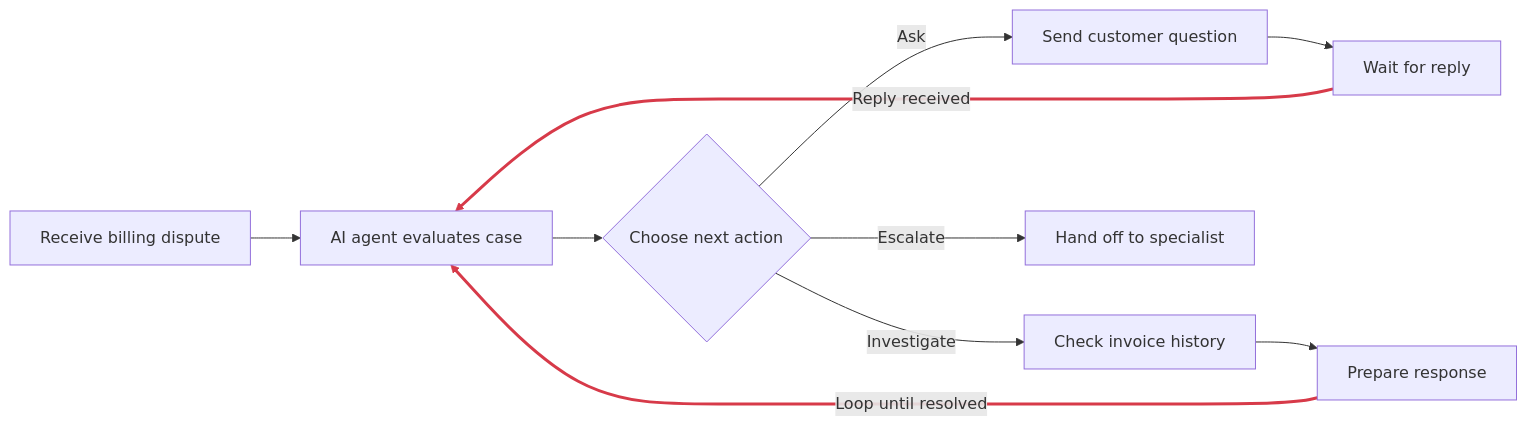
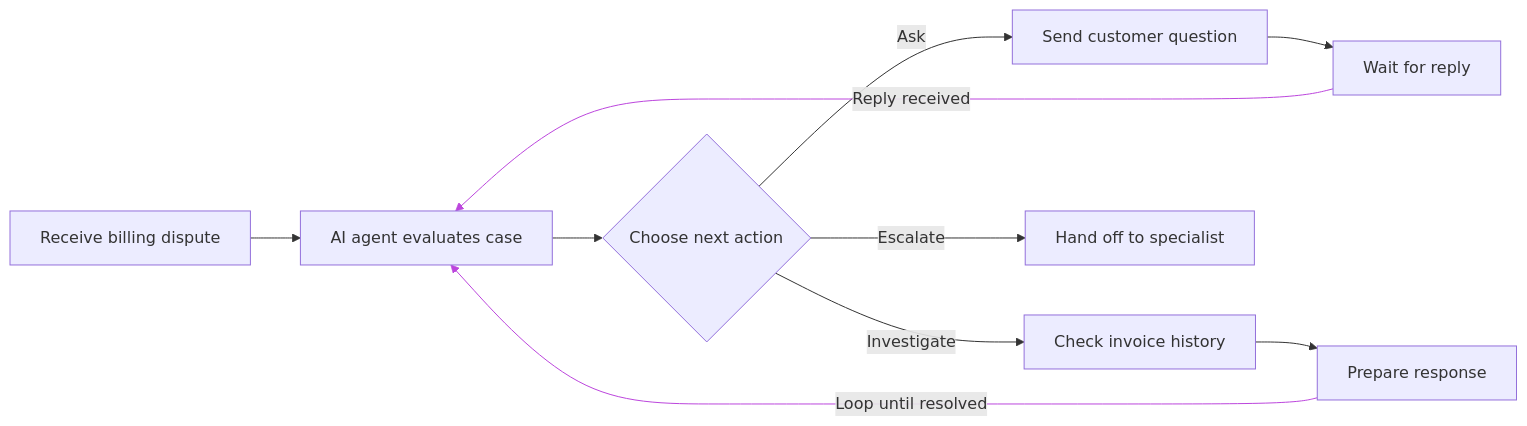
The first of 2 diagrams in frontend/docs/content/docs/cookbooks/durable-tasks-vs-dags.mdx (hatchet-dev/hatchet), drawn with Mermaid before and after one commit. The commit also changed 5 other files, not shown here.

First line of the commit message:
Restyle mermaid diagrams with brand tokens and Flow frame chrome.

````diff
--- a/frontend/docs/content/docs/cookbooks/durable-tasks-vs-dags.mdx
+++ b/frontend/docs/content/docs/cookbooks/durable-tasks-vs-dags.mdx
@@ -19,15 +19,14 @@
 ```mermaid
 flowchart LR
     A[Receive billing dispute] --> B[AI agent evaluates case]
     B --> C{Choose next action}
     C -->|Ask| D[Send customer question]
     C -->|Investigate| E[Check invoice history]
     C -->|Escalate| F[Hand off to specialist]
     D --> G[Wait for reply]
     E --> H[Prepare response]
     G -->|Reply received| B
     H -->|Loop until resolved| B
 
-    linkStyle 7 stroke:#d73a49,stroke-width:3px
-    linkStyle 8 stroke:#d73a49,stroke-width:3px
+    linkStyle 7,8 stroke:#BC46DD
 ```
````
